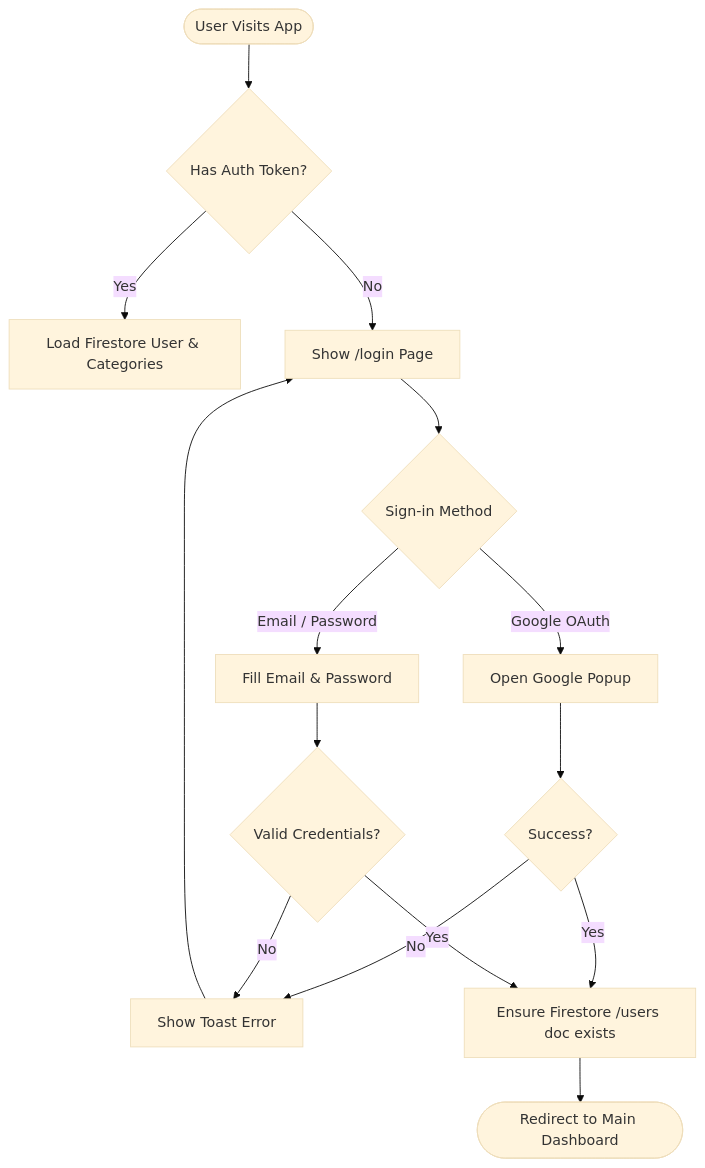
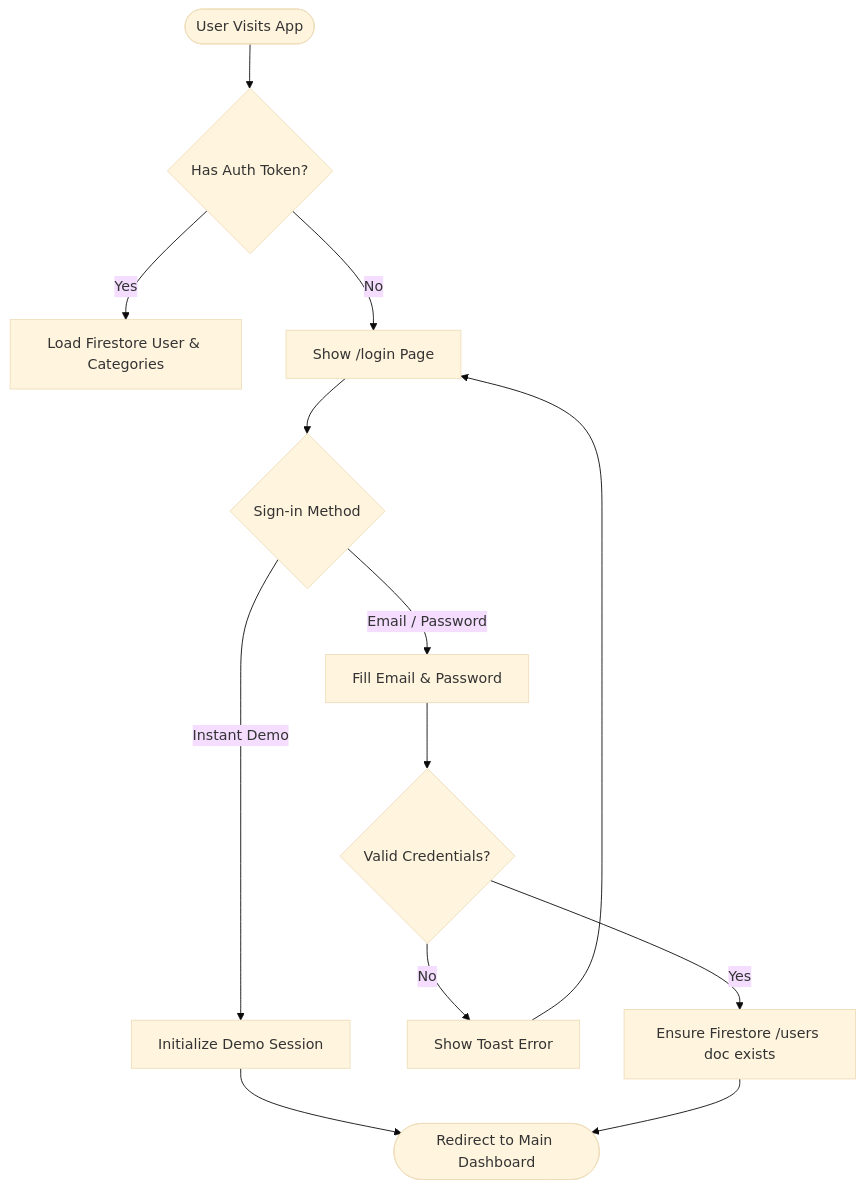
One commit to AliAhmedoo5/brainlibrary changed the second of 5 diagrams in docs/03_user_flows.md. Above: the diagram before and after it, drawn with Mermaid (base theme). The commit also changed 19 other files, not shown here.

Commit message:
feat: replace Google OAuth with pure Email/Password auth, integrate custom SVG app logo, add native Android vector launcher icon, and add UX psychology audit report

````diff
--- a/docs/03_user_flows.md
+++ b/docs/03_user_flows.md
@@ -25,21 +25,18 @@
 ```mermaid
 flowchart TD
   START([User Visits App]) --> CHECK{Has Auth Token?}
   CHECK -->|Yes| LOAD_PROFILE[Load Firestore User & Categories]
   CHECK -->|No| LOGIN_PAGE[Show /login Page]
   
   LOGIN_PAGE --> CHOICE{Sign-in Method}
-  CHOICE -->|Google OAuth| GOOGLE[Open Google Popup]
+  CHOICE -->|Instant Demo| DEMO[Initialize Demo Session]
   CHOICE -->|Email / Password| FORM[Fill Email & Password]
   
-  GOOGLE --> VERIFY_G{Success?}
+  DEMO --> REDIRECT([Redirect to Main Dashboard])
   FORM --> VERIFY_E{Valid Credentials?}
   
-  VERIFY_G -->|No| ERR[Show Toast Error] --> LOGIN_PAGE
-  VERIFY_E -->|No| ERR
+  VERIFY_E -->|No| ERR[Show Toast Error] --> LOGIN_PAGE
+  VERIFY_E -->|Yes| CREATE_DOC[Ensure Firestore /users doc exists]
   
-  VERIFY_G -->|Yes| CREATE_DOC[Ensure Firestore /users doc exists]
-  VERIFY_E -->|Yes| CREATE_DOC
-  
-  CREATE_DOC --> REDIRECT([Redirect to Main Dashboard])
+  CREATE_DOC --> REDIRECT
 ```
````
